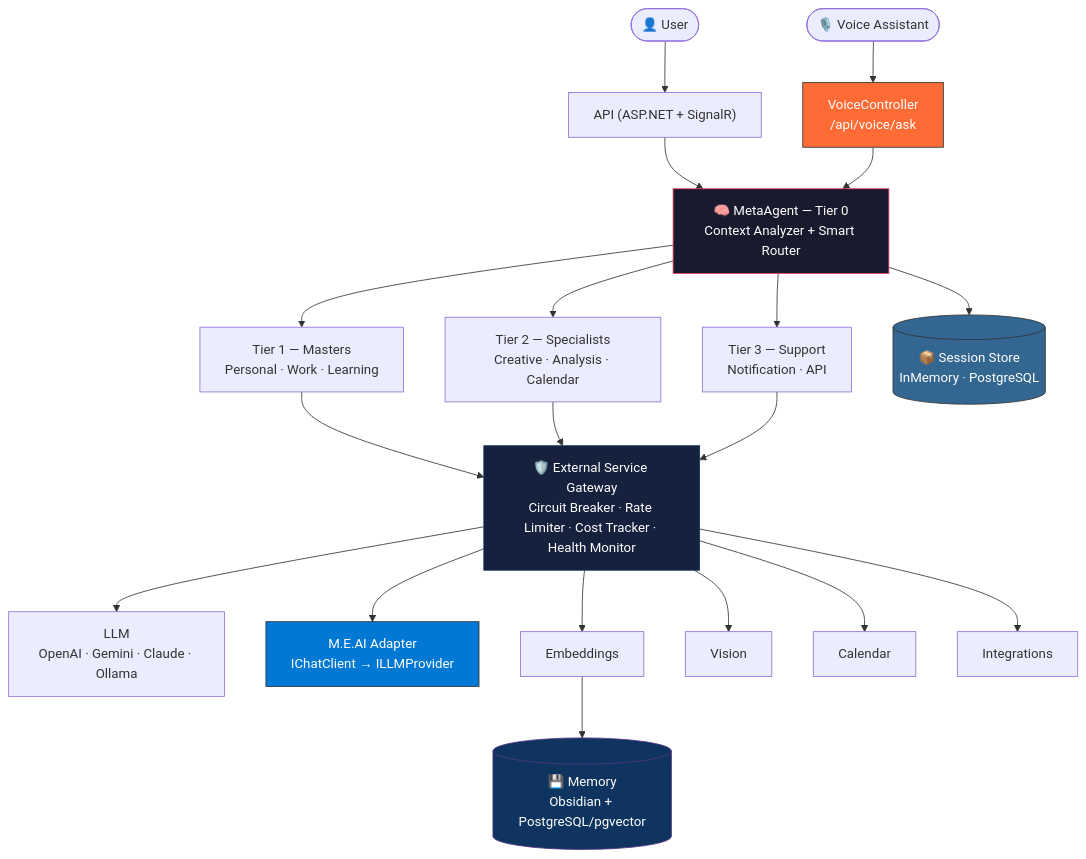
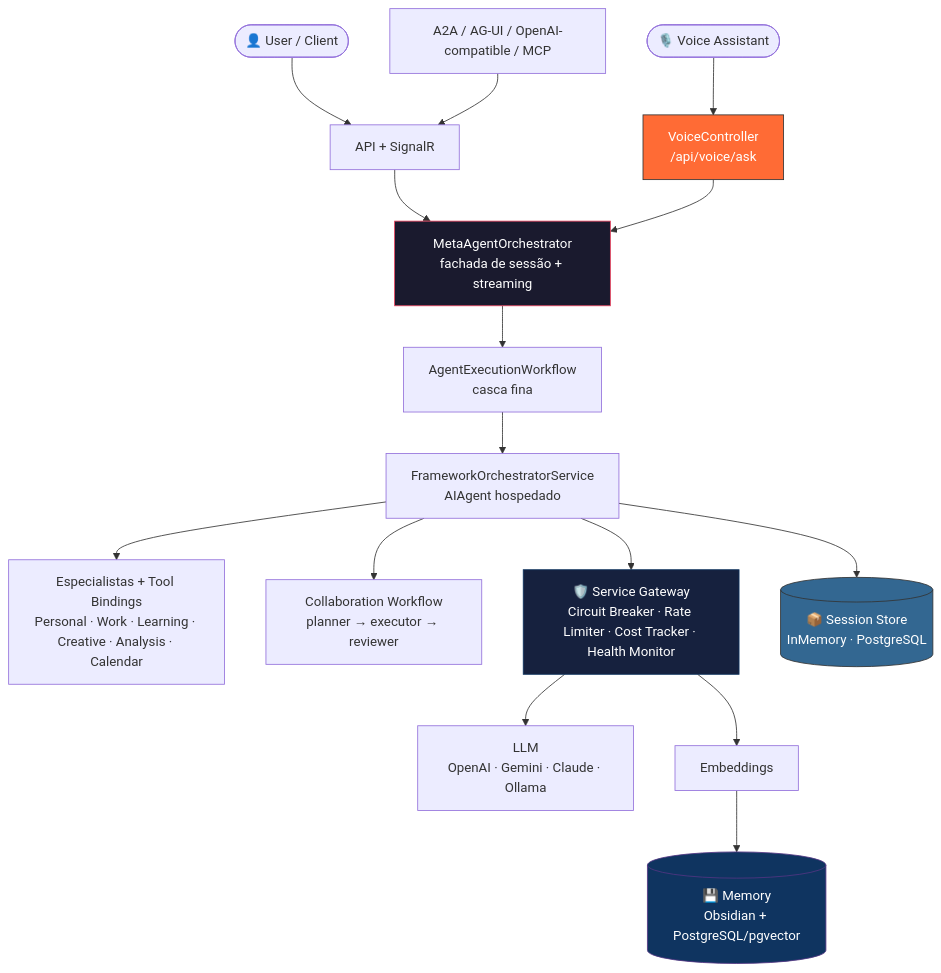
Before and after one commit to JonathanBenicio/Agent-System: the diagram in README.md, drawn with Mermaid. The commit also changed other lines of this file and 81 other files, not shown here.

````diff
--- a/README.md
+++ b/README.md
@@ -49,32 +75,26 @@
 ```mermaid
 graph TD
-    User(["👤 User"]) --> API["API (ASP.NET + SignalR)"]
-    Voice(["🎙️ Voice Assistant"]) --> VoiceAPI["VoiceController\n/api/voice/ask"]
-    API --> Meta["🧠 MetaAgent — Tier 0\nContext Analyzer + Smart Router"]
-    VoiceAPI --> Meta
+  User(["👤 User / Client"]) --> API["API + SignalR"]
+  Voice(["🎙️ Voice Assistant"]) --> VoiceAPI["VoiceController\n/api/voice/ask"]
+  Protocol["A2A / AG-UI / OpenAI-compatible / MCP"] --> API
+  API --> Meta["MetaAgentOrchestrator\nfachada de sessão + streaming"]
+  VoiceAPI --> Meta
 
-    Meta --> T1["Tier 1 — Masters\nPersonal · Work · Learning"]
-    Meta --> T2["Tier 2 — Specialists\nCreative · Analysis · Calendar"]
-    Meta --> T3["Tier 3 — Support\nNotification · API"]
+  Meta --> Workflow["AgentExecutionWorkflow\ncasca fina"]
+  Workflow --> Hosted["FrameworkOrchestratorService\nAIAgent hospedado"]
 
-    T1 --> GW["🛡️ External Service Gateway\nCircuit Breaker · Rate Limiter · Cost Tracker · Health Monitor"]
-    T2 --> GW
-    T3 --> GW
+  Hosted --> Specialists["Especialistas + Tool Bindings\nPersonal · Work · Learning · Creative · Analysis · Calendar"]
+  Hosted --> Collab["Collaboration Workflow\nplanner → executor → reviewer"]
+  Hosted --> GW["🛡️ Service Gateway\nCircuit Breaker · Rate Limiter · Cost Tracker · Health Monitor"]
+  Hosted --> SessionStore[("📦 Session Store\nInMemory · PostgreSQL")]
 
-    GW --> LLM["LLM\nOpenAI · Gemini · Claude · Ollama"]
-    GW --> MEAI["M.E.AI Adapter\nIChatClient → ILLMProvider"]
-    GW --> Embed["Embeddings"]
-    GW --> Vision["Vision"]
-    GW --> Cal["Calendar"]
-    GW --> Int["Integrations"]
+  GW --> LLM["LLM\nOpenAI · Gemini · Claude · Ollama"]
+  GW --> Embed["Embeddings"]
+  Embed --> Memory[("💾 Memory\nObsidian + PostgreSQL/pgvector")]
 
-    Embed --> Memory[("💾 Memory\nObsidian + PostgreSQL/pgvector")]
-    Meta --> SessionStore[("📦 Session Store\nInMemory · PostgreSQL")]
-
-    style Meta fill:#1a1a2e,stroke:#e94560,color:#fff
+  style Meta fill:#1a1a2e,stroke:#e94560,color:#fff
     style GW fill:#16213e,stroke:#0f3460,color:#fff
     style Memory fill:#0f3460,stroke:#533483,color:#fff
     style VoiceAPI fill:#ff6b35,stroke:#333,color:#fff
-    style MEAI fill:#0078d4,stroke:#333,color:#fff
     style SessionStore fill:#336791,stroke:#333,color:#fff
 ```
````
